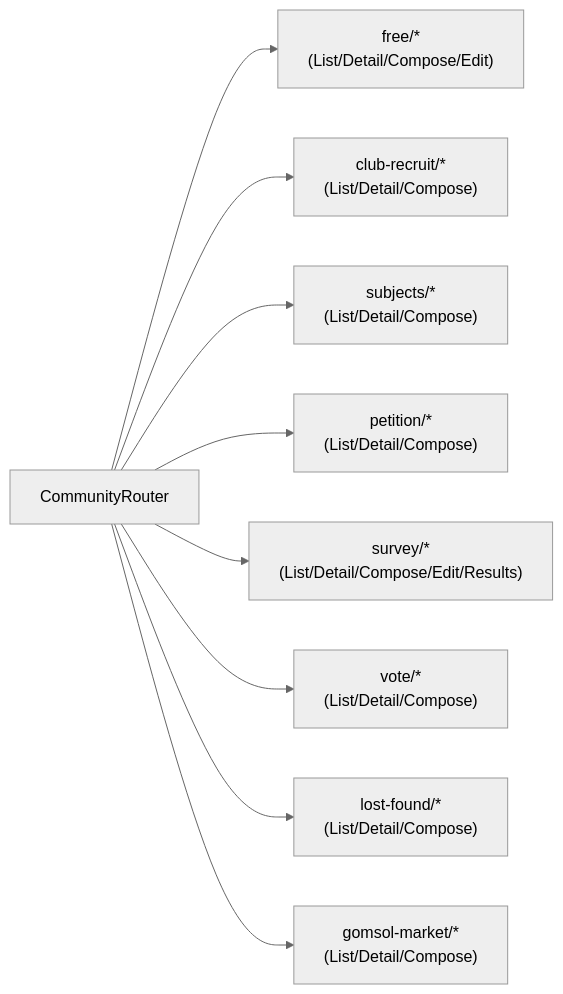
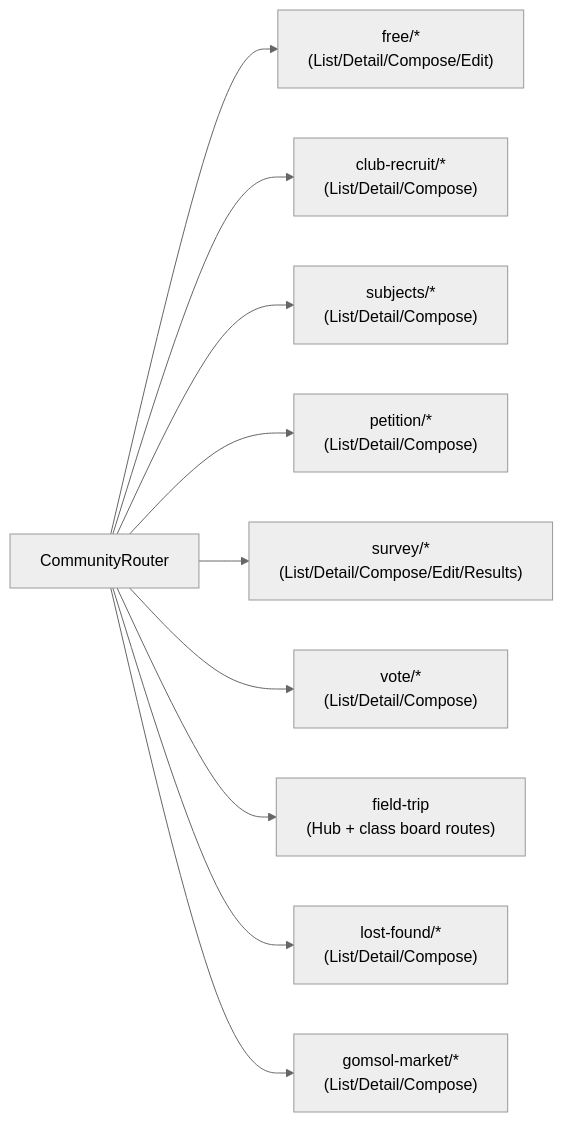
Before and after one commit to hanjm-github/beomseo.in: the eighth of 10 diagrams in frontend/docs/frontend-architecture.md, drawn with Mermaid (neutral theme). The commit also changed other lines of this file and 42 other files, not shown here.

````diff
--- a/frontend/docs/frontend-architecture.md
+++ b/frontend/docs/frontend-architecture.md
@@ -241,11 +250,12 @@
 ```mermaid
 graph LR
     CR["CommunityRouter"] --> FREE["free/*\n(List/Detail/Compose/Edit)"]
     CR --> CLUB["club-recruit/*\n(List/Detail/Compose)"]
     CR --> SUBJ["subjects/*\n(List/Detail/Compose)"]
     CR --> PET["petition/*\n(List/Detail/Compose)"]
     CR --> SUR["survey/*\n(List/Detail/Compose/Edit/Results)"]
     CR --> VOTE["vote/*\n(List/Detail/Compose)"]
+    CR --> FT["field-trip\n(Hub + class board routes)"]
     CR --> LF["lost-found/*\n(List/Detail/Compose)"]
     CR --> GM["gomsol-market/*\n(List/Detail/Compose)"]
 ```
````
